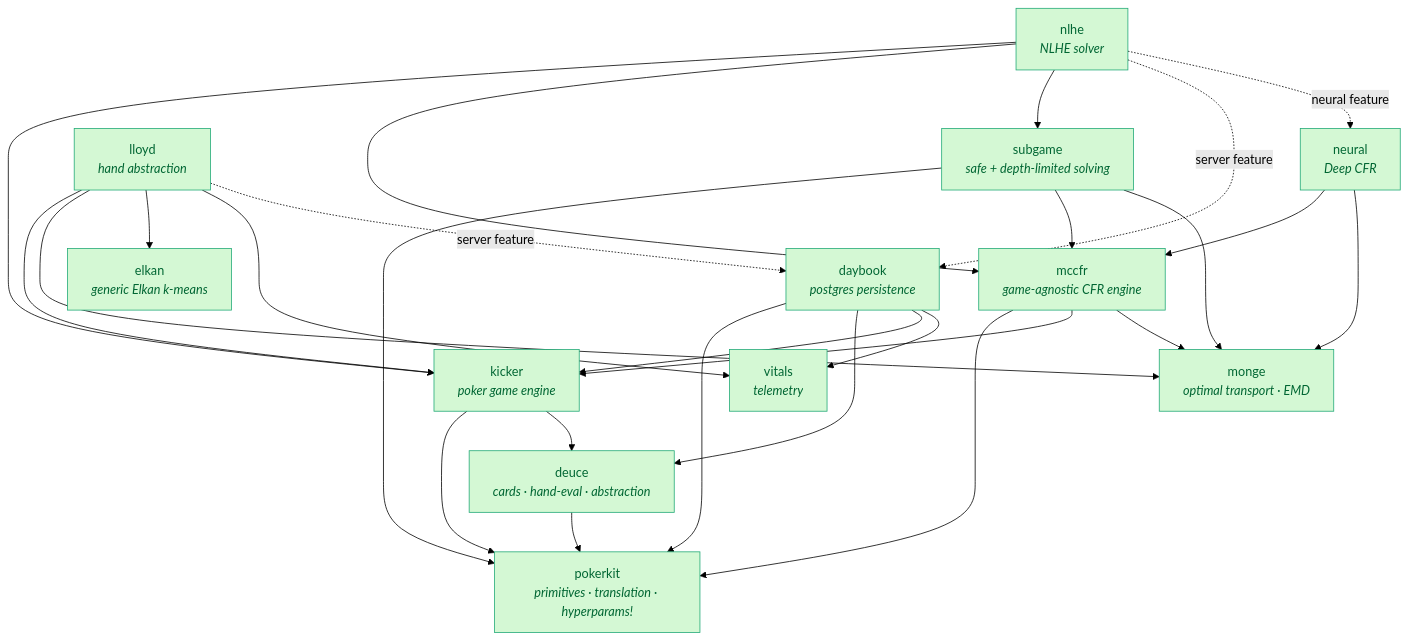
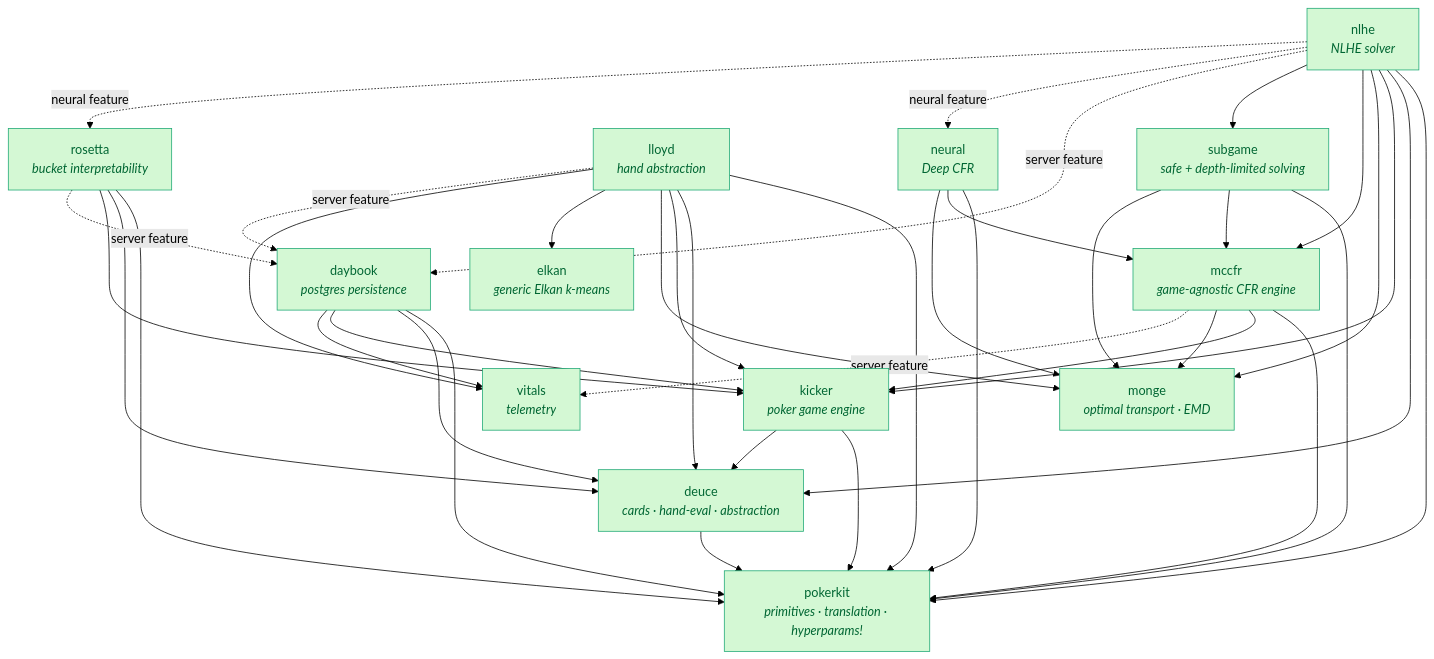
One commit to krukah/robopoker changed the second of 2 diagrams in README.md. Above: the diagram before and after it, drawn with Mermaid (forest theme). The commit also changed other lines of this file and 99 other files, not shown here.

````diff
--- a/README.md
+++ b/README.md
@@ -151,44 +231,57 @@
 ```mermaid
 graph TD
   classDef pub fill:#d4f8d4,stroke:#2a7,color:#063
   pokerkit["pokerkit<br/><i>primitives · translation · hyperparams!</i>"]
   deuce["deuce<br/><i>cards · hand-eval · abstraction</i>"]
   monge["monge<br/><i>optimal transport · EMD</i>"]
   kicker["kicker<br/><i>poker game engine</i>"]
   mccfr["mccfr<br/><i>game-agnostic CFR engine</i>"]
   subgame["subgame<br/><i>safe + depth-limited solving</i>"]
   elkan["elkan<br/><i>generic Elkan k-means</i>"]
   vitals["vitals<br/><i>telemetry</i>"]
   daybook["daybook<br/><i>postgres persistence</i>"]
   lloyd["lloyd<br/><i>hand abstraction</i>"]
   nlhe["nlhe<br/><i>NLHE solver</i>"]
   neural["neural<br/><i>Deep CFR</i>"]
+  rosetta["rosetta<br/><i>bucket interpretability</i>"]
 
   deuce --> pokerkit
   kicker --> pokerkit
   kicker --> deuce
   mccfr --> pokerkit
   mccfr --> kicker
   mccfr --> monge
+  mccfr -.->|"server feature"| vitals
   subgame --> pokerkit
   subgame --> mccfr
   subgame --> monge
   daybook --> pokerkit
   daybook --> deuce
   daybook --> kicker
   daybook --> vitals
+  lloyd --> pokerkit
+  lloyd --> deuce
   lloyd --> kicker
   lloyd --> monge
   lloyd --> elkan
   lloyd --> vitals
+  nlhe --> pokerkit
+  nlhe --> deuce
   nlhe --> kicker
+  nlhe --> monge
   nlhe --> mccfr
   nlhe --> subgame
+  neural --> pokerkit
   neural --> mccfr
   neural --> monge
   nlhe -.->|"server feature"| daybook
+  rosetta --> pokerkit
+  rosetta --> deuce
+  rosetta --> kicker
   nlhe -.->|"neural feature"| neural
+  nlhe -.->|"neural feature"| rosetta
+  rosetta -.->|"server feature"| daybook
   lloyd -.->|"server feature"| daybook
 
-  class pokerkit,deuce,monge,kicker,mccfr,subgame,neural,elkan,vitals,daybook,nlhe,lloyd pub
+  class pokerkit,deuce,monge,kicker,mccfr,subgame,elkan,vitals,daybook,nlhe,lloyd,neural,rosetta pub
 ```
````
